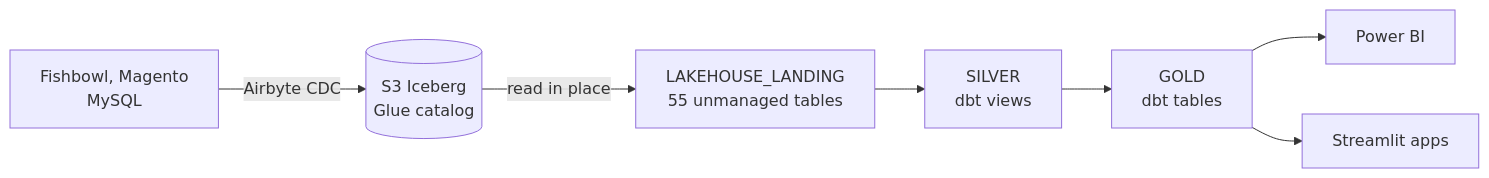
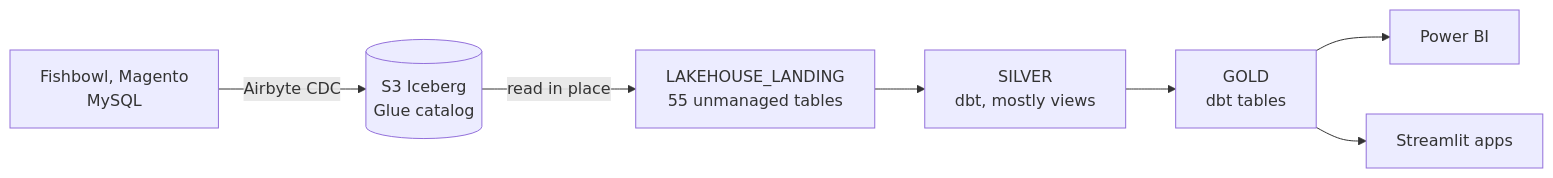
Before and after one commit to trinityBI-HQ/dbt_ammodepot: the diagram in docs/architecture/warehouse.md, drawn with Mermaid. The commit also changed other lines of this file and 2 other files, not shown here.

````diff
--- a/docs/architecture/warehouse.md
+++ b/docs/architecture/warehouse.md
@@ -6,9 +6,9 @@
 ```mermaid
 flowchart LR
     SRC[Fishbowl, Magento<br/>MySQL] -->|Airbyte CDC| S3[(S3 Iceberg<br/>Glue catalog)]
     S3 -->|read in place| LND[LAKEHOUSE_LANDING<br/>55 unmanaged tables]
-    LND --> SLV[SILVER<br/>dbt views]
+    LND --> SLV[SILVER<br/>dbt, mostly views]
     SLV --> GLD[GOLD<br/>dbt tables]
     GLD --> PBI[Power BI]
     GLD --> SIS[Streamlit apps]
 ```
````
